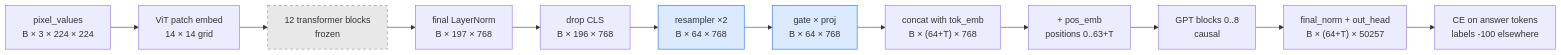
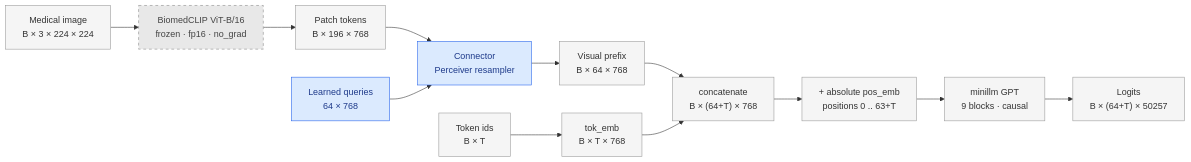
The seventh of 9 diagrams in experiment/connector.md (AsishKumarDalal/medicalvllm), drawn with Mermaid before and after one commit. The commit also changed other lines of this file, not shown here.

Commit message:
Rewrite connector.md: simple Mermaid-first explanation, kept detailed spec

````diff
--- a/experiment/connector.md
+++ b/experiment/connector.md
@@ -138,18 +194,22 @@
 ```mermaid
 flowchart LR
-    A["pixel_values<br/>B × 3 × 224 × 224"] --> B["ViT patch embed<br/>14 × 14 grid"]
-    B --> C["12 transformer blocks<br/>frozen"]
-    C --> D["final LayerNorm<br/>B × 197 × 768"]
-    D --> E["drop CLS<br/>B × 196 × 768"]
-    E --> F["resampler ×2<br/>B × 64 × 768"]
-    F --> G["gate × proj<br/>B × 64 × 768"]
-    G --> H["concat with tok_emb<br/>B × (64+T) × 768"]
-    H --> I["+ pos_emb<br/>positions 0..63+T"]
-    I --> J["GPT blocks 0..8<br/>causal"]
-    J --> K["final_norm + out_head<br/>B × (64+T) × 50257"]
-    K --> L["CE on answer tokens<br/>labels -100 elsewhere"]
+    IMG["Medical image<br/>B × 3 × 224 × 224"] --> TOWER["BiomedCLIP ViT-B/16<br/>frozen · fp16 · no_grad"]
+    TOWER --> PATCH["Patch tokens<br/>B × 196 × 768"]
+    PATCH --> CONN["Connector<br/>Perceiver resampler"]
+    Q["Learned queries<br/>64 × 768"] --> CONN
+    CONN --> PREFIX["Visual prefix<br/>B × 64 × 768"]
 
-    style C fill:#e8e8e8,stroke:#888,stroke-dasharray:5 5
-    style F fill:#dbeafe,stroke:#2563eb
-    style G fill:#dbeafe,stroke:#2563eb
+    TXT["Token ids<br/>B × T"] --> EMB["tok_emb<br/>B × T × 768"]
+    PREFIX --> CAT["concatenate<br/>B × (64+T) × 768"]
+    EMB --> CAT
+    CAT --> POS["+ absolute pos_emb<br/>positions 0 .. 63+T"]
+    POS --> GPT["minillm GPT<br/>9 blocks · causal"]
+    GPT --> LOGITS["Logits<br/>B × (64+T) × 50257"]
+
+    classDef frozen fill:#e8e8e8,stroke:#888,stroke-dasharray:5 5,color:#444
+    classDef train fill:#dbeafe,stroke:#2563eb,color:#1e3a8a
+    classDef data fill:#f5f5f5,stroke:#999,color:#333
+    class TOWER frozen
+    class Q,CONN train
+    class IMG,PATCH,PREFIX,TXT,EMB,CAT,POS,GPT,LOGITS data
 ```
````
